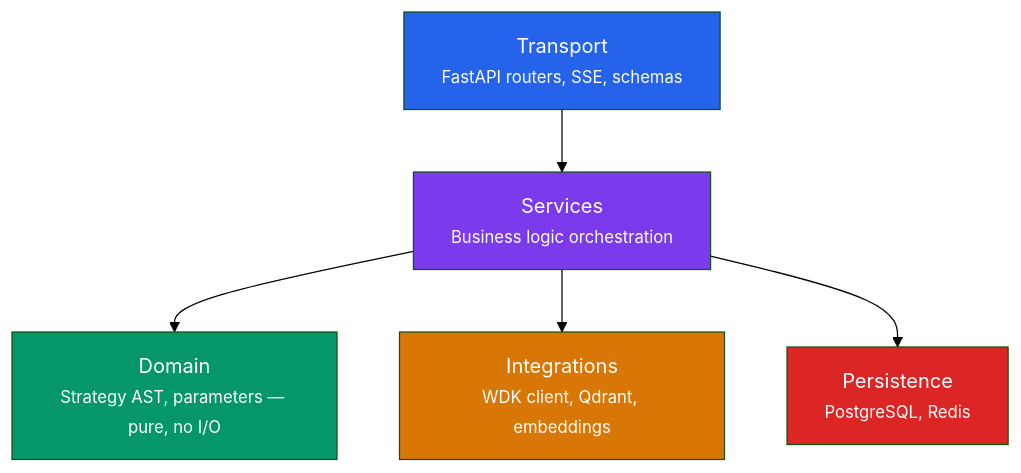
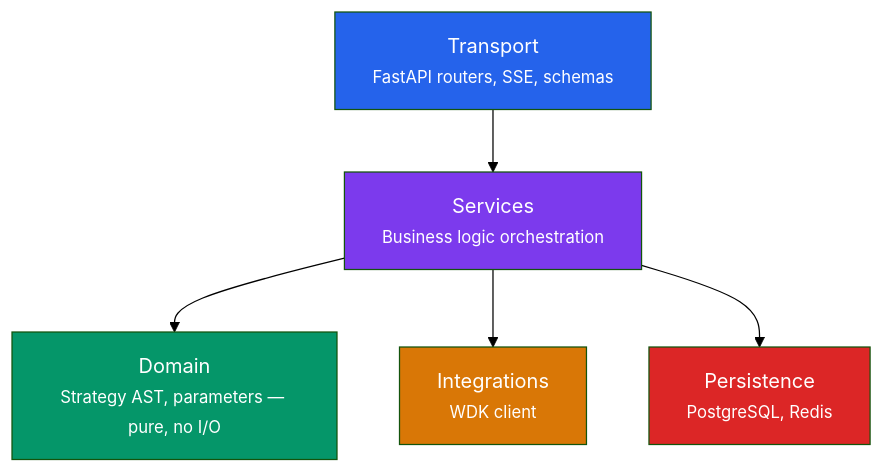
Before and after one commit to ahmedOmuharram/pathfinder: the second of 2 diagrams in apps/api/docs/api/overview.rst, drawn with Mermaid (forest theme). The commit also changed 103 other files, not shown here.

```diff
--- a/apps/api/docs/api/overview.rst
+++ b/apps/api/docs/api/overview.rst
@@ -208,13 +208,13 @@
 .. mermaid::
 
    flowchart TD
        T["Transport<br/><small>FastAPI routers, SSE, schemas</small>"] --> S["Services<br/><small>Business logic orchestration</small>"]
        S --> D["Domain<br/><small>Strategy AST, parameters — pure, no I/O</small>"]
-       S --> I["Integrations<br/><small>WDK client, Qdrant, embeddings</small>"]
+       S --> I["Integrations<br/><small>WDK client</small>"]
        S --> P["Persistence<br/><small>PostgreSQL, Redis</small>"]
 
        style T fill:#2563eb,color:#fff
        style S fill:#7c3aed,color:#fff
        style D fill:#059669,color:#fff
        style I fill:#d97706,color:#fff
        style P fill:#dc2626,color:#fff
```
